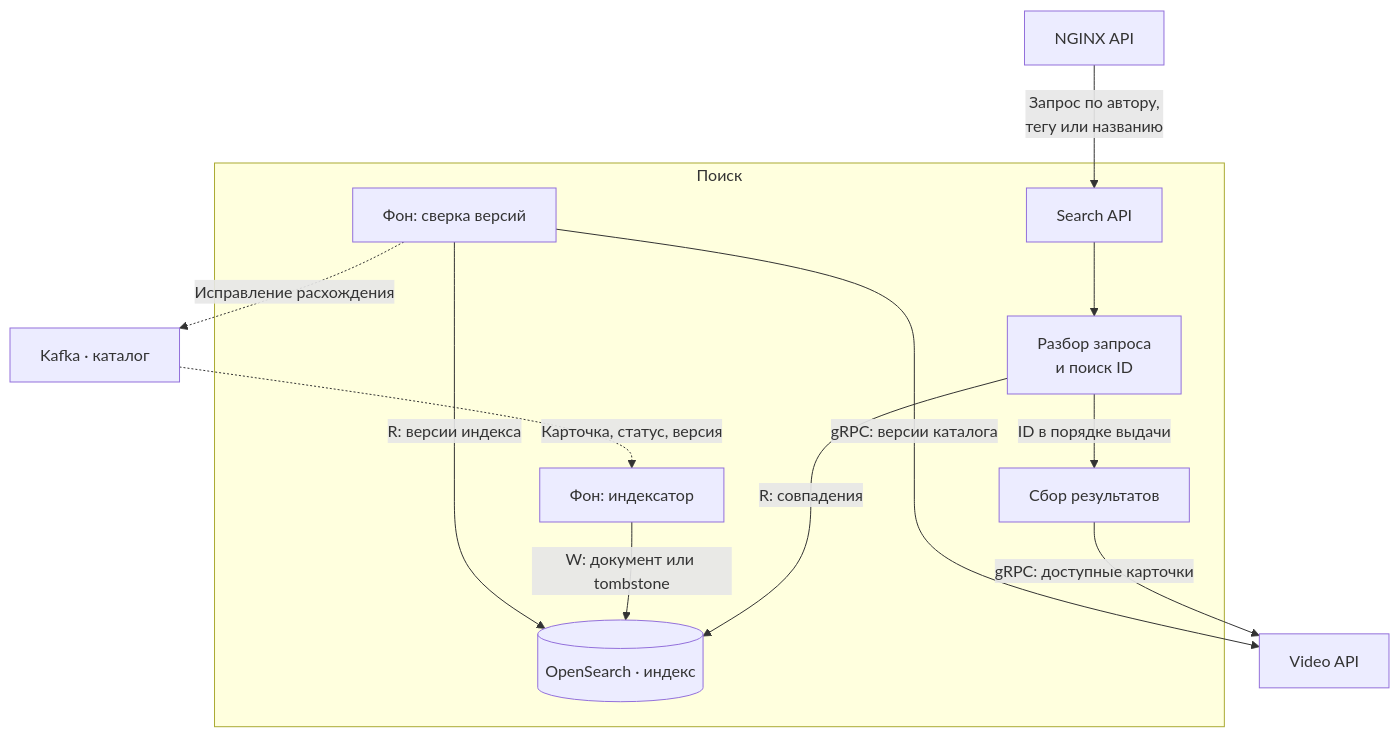
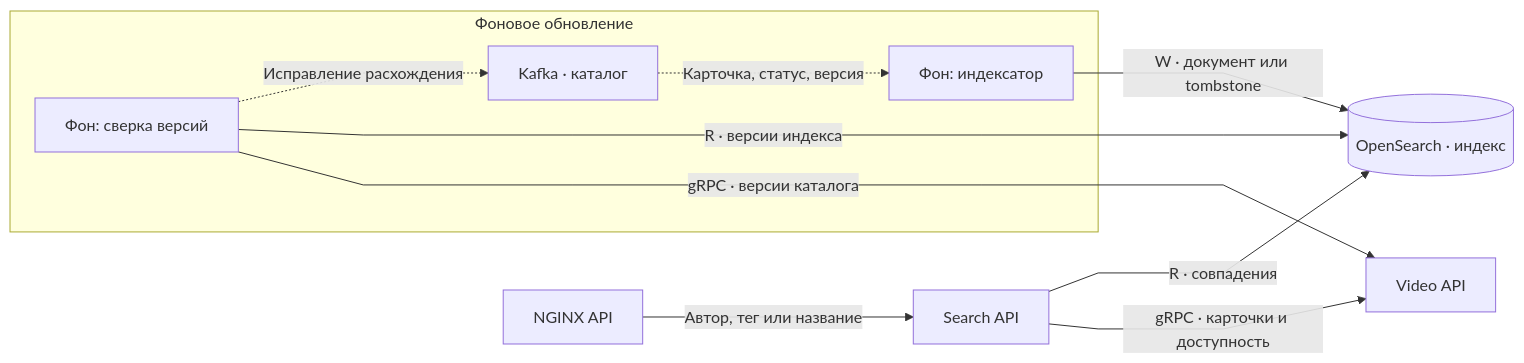
Diagram 13 of 14 in README.md (pavel-ladygin/highload_tp), drawn with Mermaid before and after one commit. The commit also changed other lines of this file, not shown here.

````diff
--- a/README.md
+++ b/README.md
@@ -991,21 +978,17 @@
 ```mermaid
-flowchart TB
-    N["NGINX API"] -->|"Запрос по автору,<br/>тегу или названию"| S
-    subgraph SEARCH["Поиск"]
-        S["Search API"]
-        Q["Разбор запроса<br/>и поиск ID"]
-        F["Сбор результатов"]
-        OS[("OpenSearch · индекс")]
+%%{init: {"flowchart": {"curve": "linear"}}}%%
+flowchart LR
+    N["NGINX API"] -->|"Автор, тег или название"| S["Search API"]
+    S -->|"R · совпадения"| OS[("OpenSearch · индекс")]
+    S -->|"gRPC · карточки и доступность"| V["Video API"]
+    subgraph SEARCH["Фоновое обновление"]
+        K["Kafka · каталог"]
         I["Фон: индексатор"]
         R["Фон: сверка версий"]
-        S --> Q
-        Q -->|"R: совпадения"| OS
-        Q -->|"ID в порядке выдачи"| F
-        I -->|"W: документ или tombstone"| OS
-        R -->|"R: версии индекса"| OS
+        K -. "Карточка, статус, версия" .-> I
+        R -. "Исправление расхождения" .-> K
     end
-    F -->|"gRPC: доступные карточки"| V["Video API"]
-    R -->|"gRPC: версии каталога"| V
-    K["Kafka · каталог"] -. "Карточка, статус, версия" .-> I
-    R -. "Исправление расхождения" .-> K
+    I -->|"W · документ или tombstone"| OS
+    R -->|"R · версии индекса"| OS
+    R -->|"gRPC · версии каталога"| V
 ```
````
